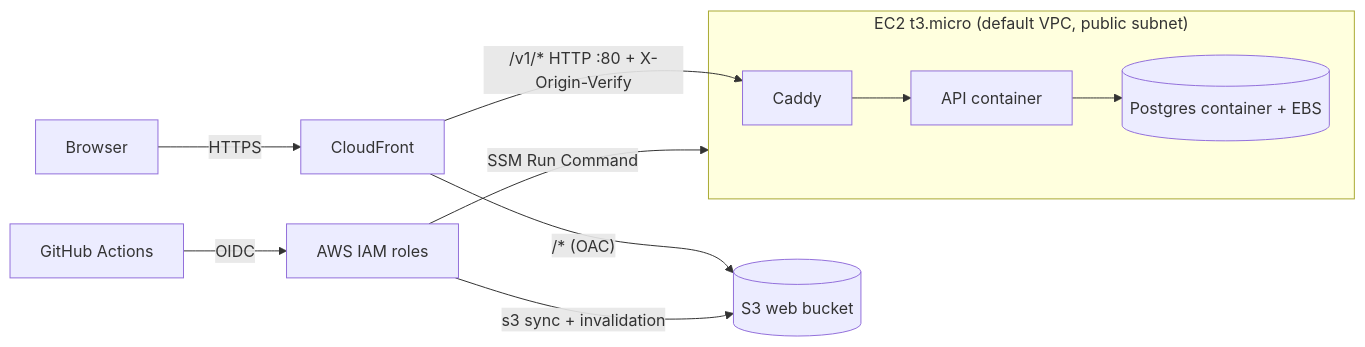
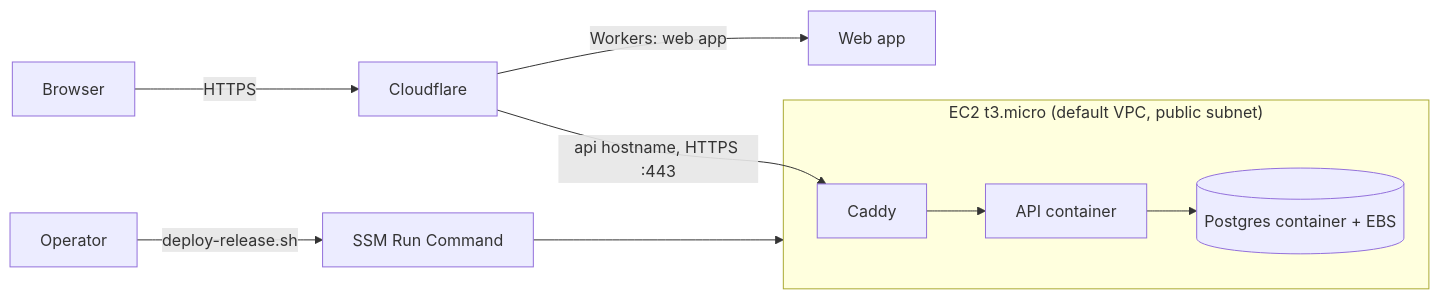
Before and after one commit to alonsovndev/open-projects-hub-docs: the diagram in docs/04-decisions/adr-021-low-cost-single-host-deployment.md, drawn with Mermaid. The commit also changed other lines of this file and 29 other files, not shown here.

````diff
--- a/docs/04-decisions/adr-021-low-cost-single-host-deployment.md
+++ b/docs/04-decisions/adr-021-low-cost-single-host-deployment.md
@@ -72,13 +52,12 @@
 ```mermaid
 flowchart LR
-    Browser -->|HTTPS| CloudFront
-    CloudFront -->|"/* (OAC)"| S3[(S3 web bucket)]
-    CloudFront -->|"/v1/* HTTP :80 + X-Origin-Verify"| Caddy
+    Browser -->|HTTPS| Cloudflare
+    Cloudflare -->|"Workers: web app"| Web[Web app]
+    Cloudflare -->|"api hostname, HTTPS :443"| Caddy
     subgraph EC2["EC2 t3.micro (default VPC, public subnet)"]
         Caddy --> API[API container]
         API --> Postgres[(Postgres container + EBS)]
     end
-    GitHub[GitHub Actions] -->|OIDC| AWS[AWS IAM roles]
-    AWS -->|SSM Run Command| EC2
-    AWS -->|s3 sync + invalidation| S3
+    Operator -->|deploy-release.sh| SSM[SSM Run Command]
+    SSM --> EC2
 ```
````
